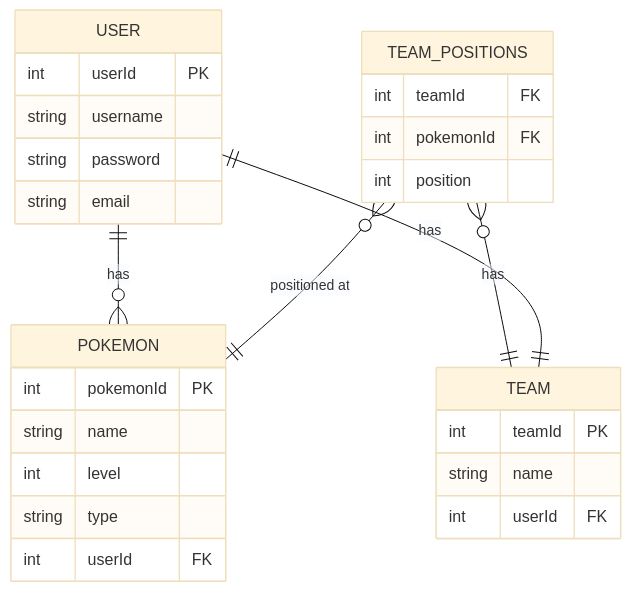
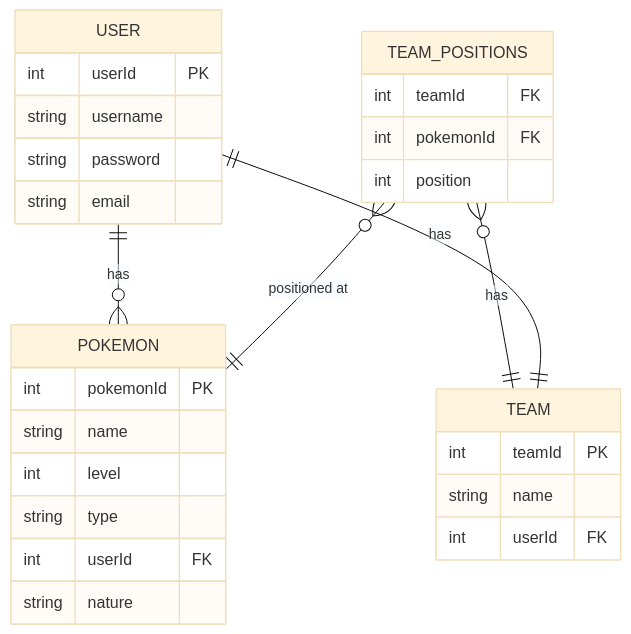
One commit to tjklint/PokePC changed the diagram in erd.mermaid. Above: the diagram before and after it, drawn with Mermaid (base theme).

Commit message:
Added nature to ERD.

```diff
--- a/erd.mermaid
+++ b/erd.mermaid
@@ -1,28 +1,29 @@
 erDiagram
     USER ||--o{ POKEMON : "has"
     TEAM_POSITIONS o{--|| TEAM: "has"
     TEAM_POSITIONS o{--|| POKEMON: "positioned at"
     USER||--|| TEAM:"has"
     USER {
         int userId PK
         string username
         string password
         string email
     }
     POKEMON {
         int pokemonId PK
         string name
         int level
         string type
         int userId FK
+        string nature
     }
     TEAM {
         int teamId PK
         string name
         int userId FK
     }
     TEAM_POSITIONS {
         int teamId FK
         int pokemonId FK
         int position
     }
```
